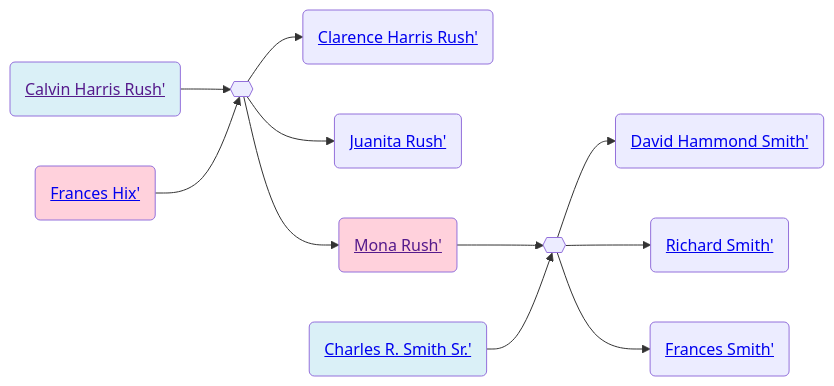
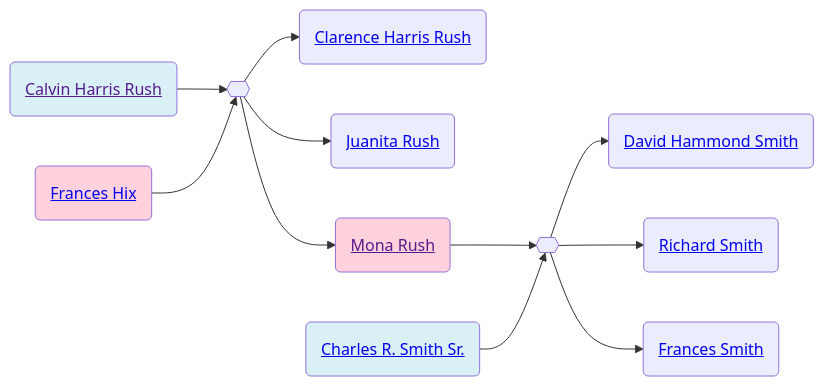
The second of 2 diagrams in familyhistory/sources/people/Rush-line/Calvin_Harris_Rush.qmd (neelsmith/avocational), drawn with Mermaid before and after one commit. The commit also changed other lines of this file and 96 other files, not shown here.

````diff
--- a/familyhistory/sources/people/Rush-line/Calvin_Harris_Rush.qmd
+++ b/familyhistory/sources/people/Rush-line/Calvin_Harris_Rush.qmd
@@ -55,32 +55,32 @@
 ```{mermaid}
 graph LR
 %% LR descendant diagram
 class Calvin_Harris_Rush_and_Frances_Hix marriage
-Calvin_Harris_Rush(<a href=''>Calvin Harris Rush'</>) --> Calvin_Harris_Rush_and_Frances_Hix{{ }}
-Frances_Hix(<a href='./../Randolph_county_lines/Hicks/Frances_Hix.html'>Frances Hix'</>) --> Calvin_Harris_Rush_and_Frances_Hix{{ }}
+Calvin_Harris_Rush(<a href=''>Calvin Harris Rush</a>) --> Calvin_Harris_Rush_and_Frances_Hix{{ }}
+Frances_Hix(<a href='./../Randolph_county_lines/Hicks/Frances_Hix.html'>Frances Hix</a>) --> Calvin_Harris_Rush_and_Frances_Hix{{ }}
 class Calvin_Harris_Rush father
 class Frances_Hix mother
-Calvin_Harris_Rush_and_Frances_Hix{{ }} --> Clarence_Harris_Rush(<a href='./Clarence_Harris_Rush.html'>Clarence Harris Rush'</>)
+Calvin_Harris_Rush_and_Frances_Hix{{ }} --> Clarence_Harris_Rush(<a href='./Clarence_Harris_Rush.html'>Clarence Harris Rush</a>)
 class Calvin_Harris_Rush father
 class Frances_Hix mother
-Calvin_Harris_Rush_and_Frances_Hix{{ }} --> Juanita_Rush(<a href='./Juanita_Rush.html'>Juanita Rush'</>)
+Calvin_Harris_Rush_and_Frances_Hix{{ }} --> Juanita_Rush(<a href='./Juanita_Rush.html'>Juanita Rush</a>)
 class Calvin_Harris_Rush father
 class Frances_Hix mother
-Calvin_Harris_Rush_and_Frances_Hix{{ }} --> Mona_Rush(<a href='./Mona_Rush.html'>Mona Rush'</>)
+Calvin_Harris_Rush_and_Frances_Hix{{ }} --> Mona_Rush(<a href='./Mona_Rush.html'>Mona Rush</a>)
 class Mona_Rush_and_Charles_R._Smith_Sr. marriage
-Mona_Rush(<a href=''>Mona Rush'</>) --> Mona_Rush_and_Charles_R._Smith_Sr.{{ }}
-Charles_R._Smith_Sr.(<a href='./../Smith-line/Charles_R._Smith_Sr..html'>Charles R. Smith Sr.'</>) --> Mona_Rush_and_Charles_R._Smith_Sr.{{ }}
+Mona_Rush(<a href=''>Mona Rush</a>) --> Mona_Rush_and_Charles_R._Smith_Sr.{{ }}
+Charles_R._Smith_Sr.(<a href='./../Smith-line/Charles_R._Smith_Sr..html'>Charles R. Smith Sr.</a>) --> Mona_Rush_and_Charles_R._Smith_Sr.{{ }}
 class Charles_R._Smith_Sr. father
 class Mona_Rush mother
-Mona_Rush_and_Charles_R._Smith_Sr.{{ }} --> David_Hammond_Smith(<a href='./../Smith-line/David_Hammond_Smith.html'>David Hammond Smith'</>)
+Mona_Rush_and_Charles_R._Smith_Sr.{{ }} --> David_Hammond_Smith(<a href='./../Smith-line/David_Hammond_Smith.html'>David Hammond Smith</a>)
 class Charles_R._Smith_Sr. father
 class Mona_Rush mother
-Mona_Rush_and_Charles_R._Smith_Sr.{{ }} --> Richard_Smith(<a href='./../Smith-line/Richard_Smith.html'>Richard Smith'</>)
+Mona_Rush_and_Charles_R._Smith_Sr.{{ }} --> Richard_Smith(<a href='./../Smith-line/Richard_Smith.html'>Richard Smith</a>)
 class Charles_R._Smith_Sr. father
 class Mona_Rush mother
-Mona_Rush_and_Charles_R._Smith_Sr.{{ }} --> Frances_Smith(<a href='./../Smith-line/Frances_Smith.html'>Frances Smith'</>)
+Mona_Rush_and_Charles_R._Smith_Sr.{{ }} --> Frances_Smith(<a href='./../Smith-line/Frances_Smith.html'>Frances Smith</a>)
 classDef mother fill:#ffd1dc
 classDef father fill:#daf0f7  
 classDef marriage fill:#ffffff
 
 ```
````
